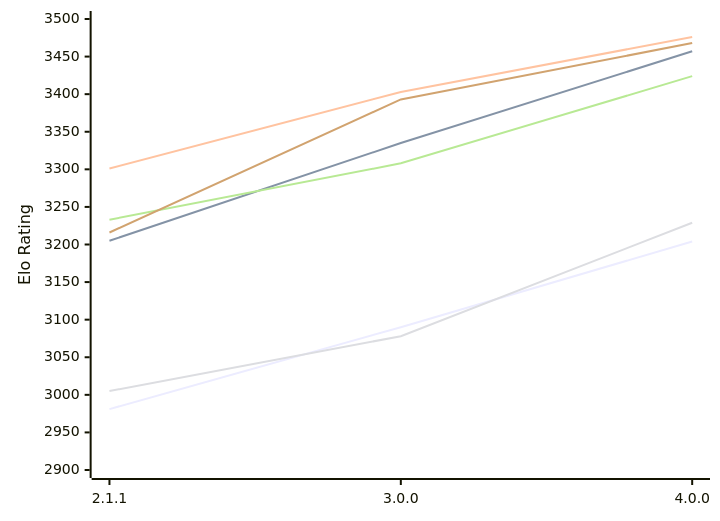
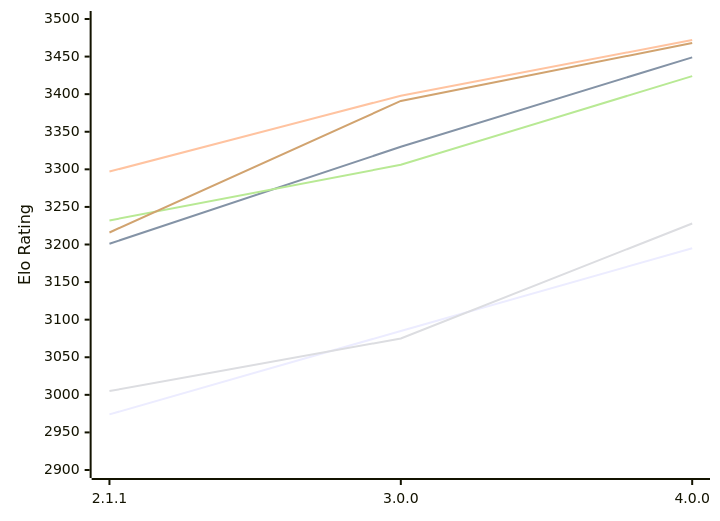
One commit to computer-chess-index/cci changed the first of 2 diagrams in engines/Bread.md. Above: the diagram before and after it, drawn with Mermaid. The commit also changed other lines of this file, not shown here.

Commit message:
Update CCI Ratings (ELO VLTC) - 2026-11-26

````diff
--- a/engines/Bread.md
+++ b/engines/Bread.md
@@ -53,12 +53,12 @@
 ```mermaid
 %%{init: {"theme":"base","themeVariables":{"seriesColors:['#a3a3a3','#222221','#faa371']}}}%%
 xychart-beta
   x-axis ["2.1.1", "3.0.0", "4.0.0"]
   y-axis "Elo Rating" 2900 --> 3500
-  line "E1: STC (8.0+0.08s)" [2981, 3090, 3204]
-  line "E1: LTC (60.0+0.60s)" [3205, 3335, 3457]
-  line "E1: VLTC (2m24s+1.12s)" [3301, 3403, 3476]
-  line "P1: STC (8.0+0.08s)" [3005, 3078, 3229]
-  line "P1: LTC (60.0+0.60s)" [3233, 3308, 3424]
-  line "P1: VLTC (2m24s+1.12s)" [3216, 3393, 3468]
+  line "E1: STC (8.0+0.08s)" [2974, 3085, 3195]
+  line "E1: LTC (60.0+0.60s)" [3201, 3330, 3449]
+  line "E1: VLTC (2m24s+1.12s)" [3297, 3398, 3472]
+  line "P1: STC (8.0+0.08s)" [3005, 3075, 3228]
+  line "P1: LTC (60.0+0.60s)" [3232, 3306, 3424]
+  line "P1: VLTC (2m24s+1.12s)" [3216, 3391, 3468]
 ```
````
